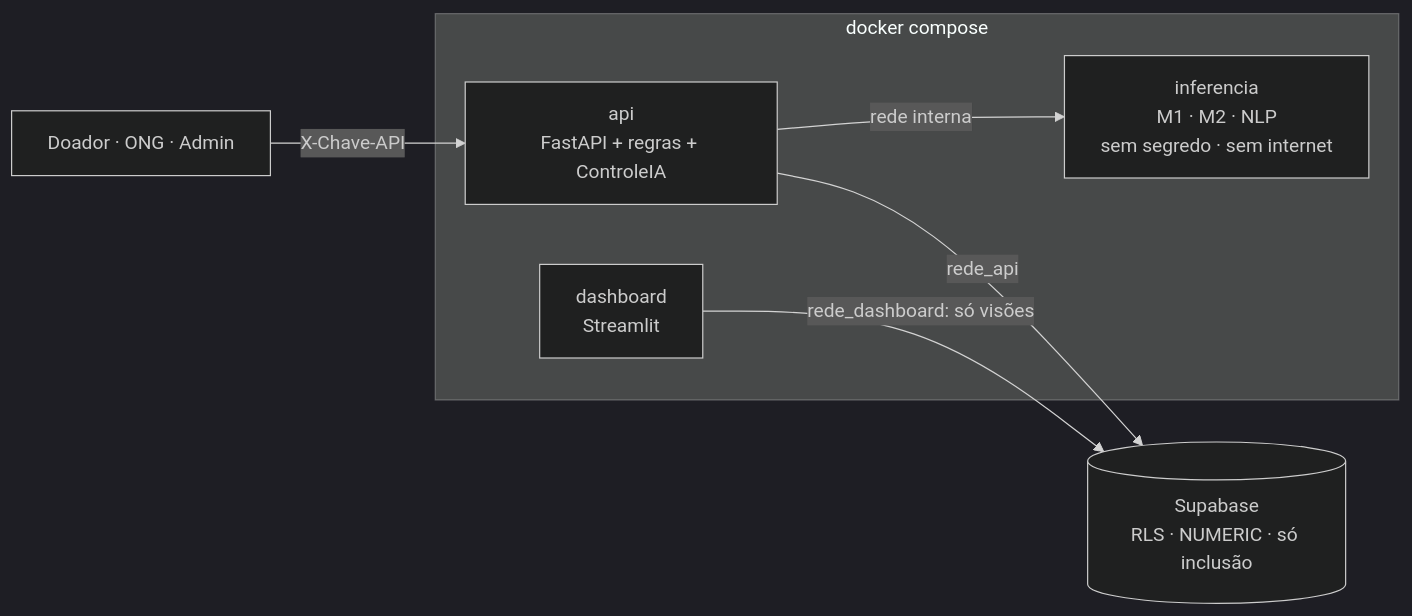
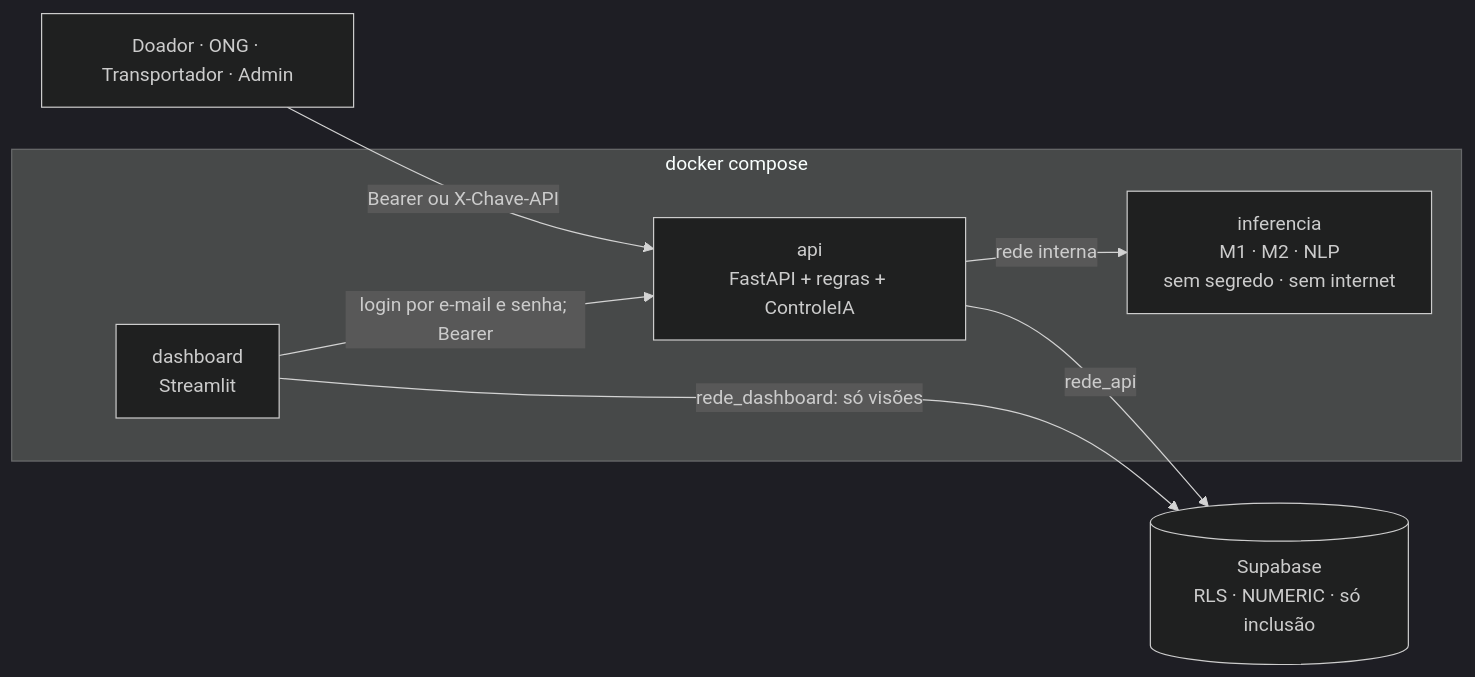
One commit to Vitoriinoo/REDE_ALIMENTAR_SINAPSE changed the diagram in README.md. Above: the diagram before and after it, drawn with Mermaid (dark theme). The commit also changed other lines of this file and 29 other files, not shown here.

Commit message:
feat(acesso): integrar login por senha e telas por papel

````diff
--- a/README.md
+++ b/README.md
@@ -53,12 +53,13 @@
 ```mermaid
 flowchart LR
-    U[Doador · ONG · Admin] -->|X-Chave-API| API
+    U[Doador · ONG · Transportador · Admin] -->|Bearer ou X-Chave-API| API
     subgraph Compose[docker compose]
         API[api<br/>FastAPI + regras + ControleIA]
         INF[inferencia<br/>M1 · M2 · NLP<br/>sem segredo · sem internet]
         DASH[dashboard<br/>Streamlit]
     end
     API -- rede interna --> INF
     API -->|rede_api| DB[(Supabase<br/>RLS · NUMERIC · só inclusão)]
     DASH -->|rede_dashboard: só visões| DB
+    DASH -->|login por e-mail e senha; Bearer| API
 ```
````
